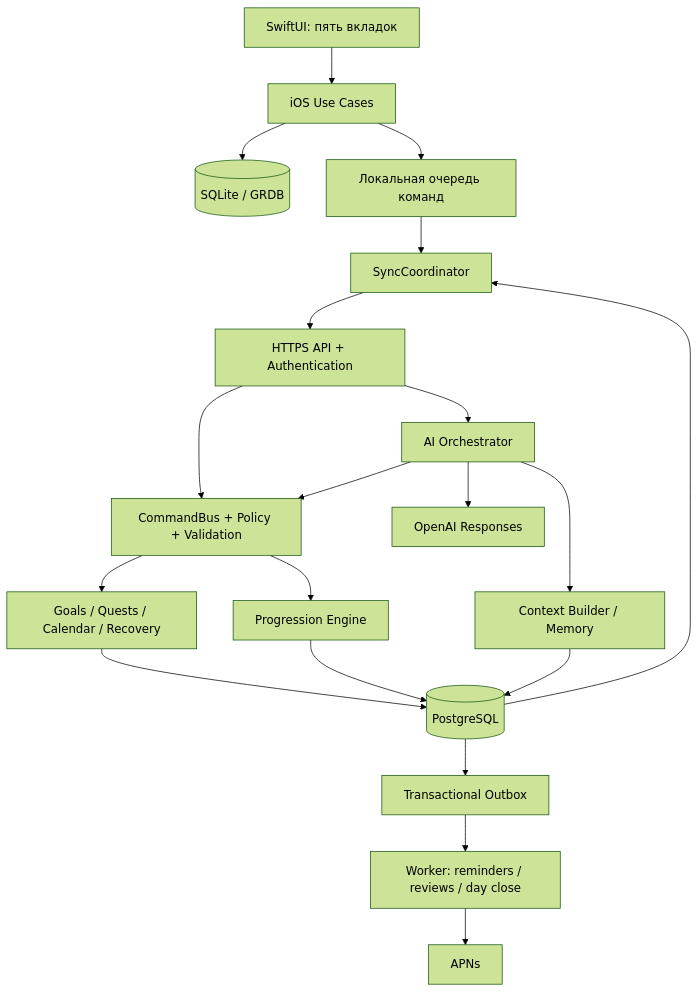
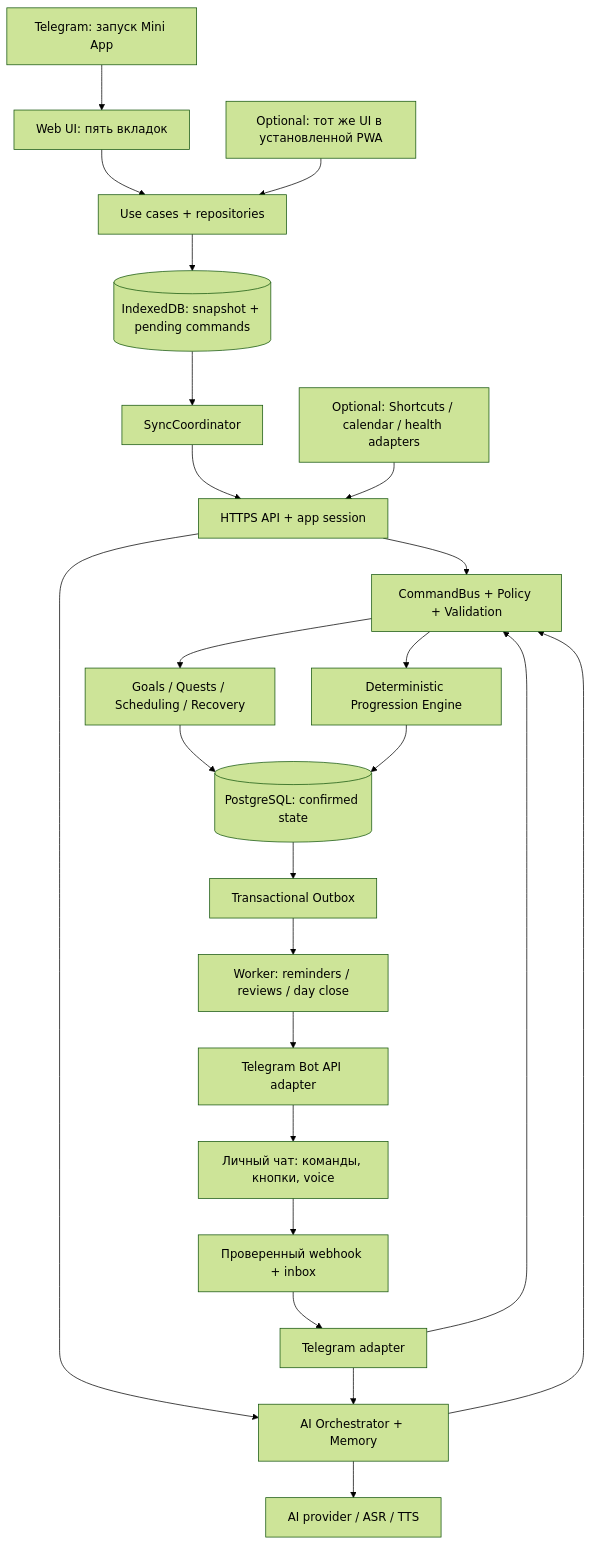
Before and after one commit to ylrostislav-eng/AI-Assistant-for-Human-Development: the first of 2 diagrams in docs/01-system-architecture.md, drawn with Mermaid (forest theme). The commit also changed other lines of this file and 22 other files, not shown here.

````diff
--- a/docs/01-system-architecture.md
+++ b/docs/01-system-architecture.md
@@ -5,22 +7,26 @@
 ```mermaid
 flowchart TD
-  UI[SwiftUI: пять вкладок] --> UC[iOS Use Cases]
-  UC --> DB[(SQLite / GRDB)]
-  UC --> OB[Локальная очередь команд]
-  OB --> SY[SyncCoordinator]
-  SY --> API[HTTPS API + Authentication]
-  API --> CMD[CommandBus + Policy + Validation]
-  CMD --> DOM[Goals / Quests / Calendar / Recovery]
-  CMD --> PE[Progression Engine]
-  DOM --> PG[(PostgreSQL)]
+  TG[Telegram: запуск Mini App] --> UI[Web UI: пять вкладок]
+  UI --> UC[Use cases + repositories]
+  UC --> LOCAL[(IndexedDB: snapshot + pending commands)]
+  LOCAL --> SY[SyncCoordinator]
+  SY --> API[HTTPS API + app session]
+  CHAT[Личный чат: команды, кнопки, voice] --> WH[Проверенный webhook + inbox]
+  WH --> BOT[Telegram adapter]
+  BOT --> CMD[CommandBus + Policy + Validation]
+  API --> CMD
+  CMD --> DOM[Goals / Quests / Scheduling / Recovery]
+  CMD --> PE[Deterministic Progression Engine]
+  DOM --> PG[(PostgreSQL: confirmed state)]
   PE --> PG
   PG --> OUT[Transactional Outbox]
   OUT --> WK[Worker: reminders / reviews / day close]
-  API --> AI[AI Orchestrator]
-  AI --> CTX[Context Builder / Memory]
-  CTX --> PG
-  AI --> OAI[OpenAI Responses]
+  WK --> SEND[Telegram Bot API adapter]
+  SEND --> CHAT
+  API --> AI[AI Orchestrator + Memory]
+  BOT --> AI
+  AI --> PROVIDER[AI provider / ASR / TTS]
   AI --> CMD
-  WK --> APNS[APNs]
-  PG --> SY
+  BRIDGE[Optional: Shortcuts / calendar / health adapters] --> API
+  PWA[Optional: тот же UI в установленной PWA] --> UC
 ```
````
